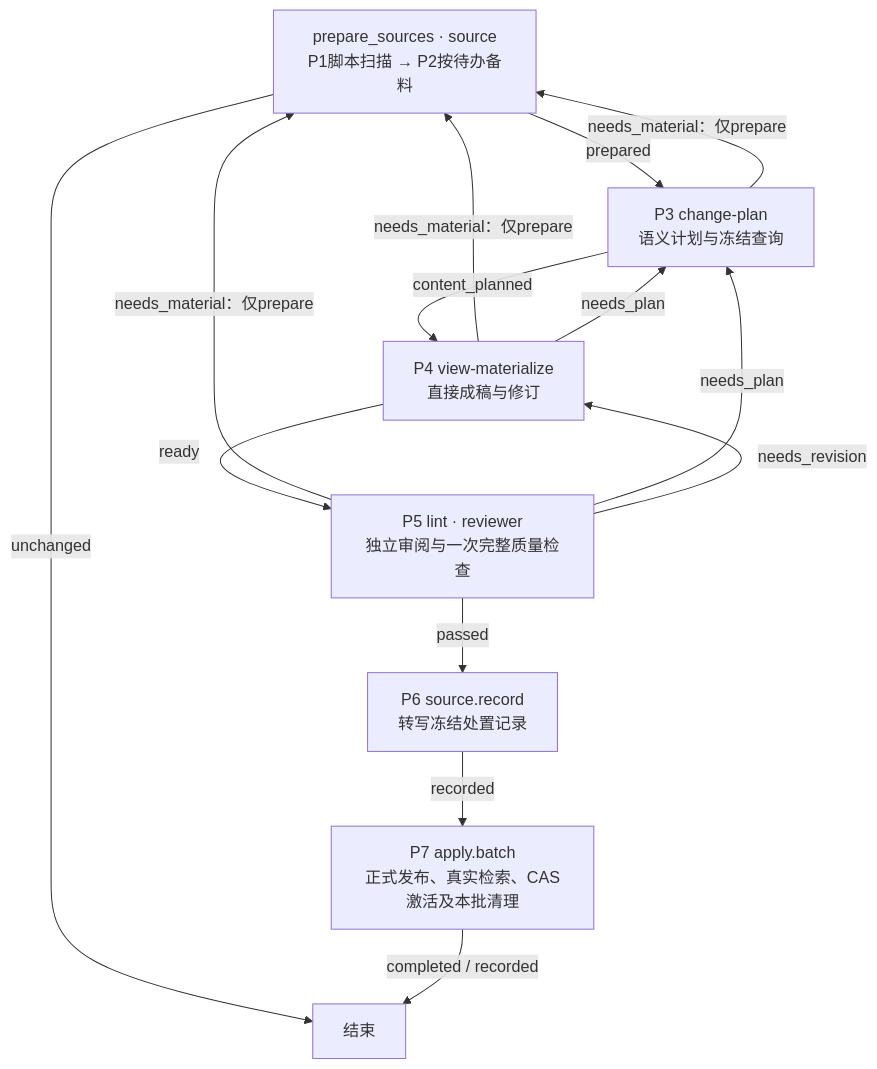
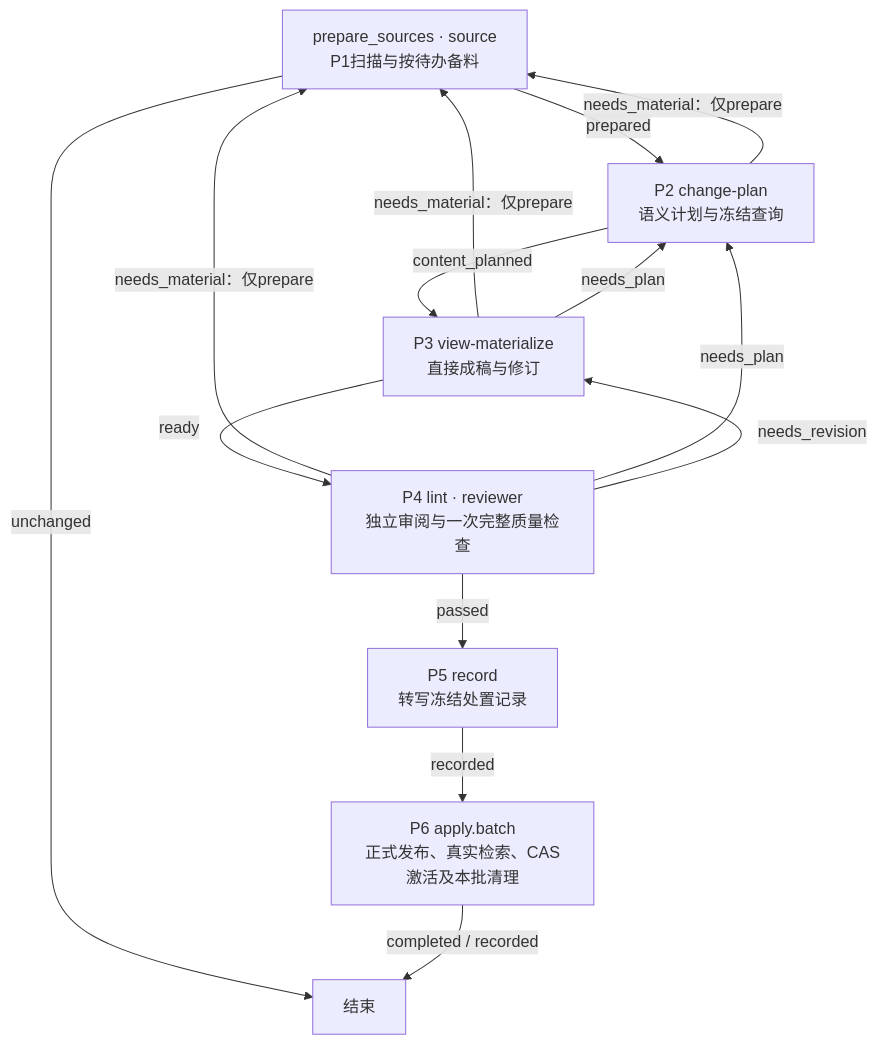
Before and after one commit to Robin-hhc/FactumCore: the sixth of 10 diagrams in himate/himate-knowledge-wifi-mp/docs-llm-wiki/HiMate知识库架构设计.md, drawn with Mermaid. The commit also changed other lines of this file and 190 other files, not shown here.

````diff
--- a/himate/himate-knowledge-wifi-mp/docs-llm-wiki/HiMate知识库架构设计.md
+++ b/himate/himate-knowledge-wifi-mp/docs-llm-wiki/HiMate知识库架构设计.md
@@ -489,16 +501,16 @@
 ```mermaid
 flowchart TD
-    SOURCE["prepare_sources · source<br/>P1脚本扫描 → P2按待办备料"] -->|prepared| P3["P3 change-plan<br/>语义计划与冻结查询"]
+    SOURCE["prepare_sources · source<br/>P1扫描与按待办备料"] -->|prepared| P2["P2 change-plan<br/>语义计划与冻结查询"]
     SOURCE -->|unchanged| END["结束"]
-    P3 -->|content_planned| P4["P4 view-materialize<br/>直接成稿与修订"]
+    P2 -->|content_planned| P3["P3 view-materialize<br/>直接成稿与修订"]
+    P2 -->|needs_material：仅prepare| SOURCE
+    P3 -->|ready| P4["P4 lint · reviewer<br/>独立审阅与一次完整质量检查"]
     P3 -->|needs_material：仅prepare| SOURCE
-    P4 -->|ready| P5["P5 lint · reviewer<br/>独立审阅与一次完整质量检查"]
+    P3 -->|needs_plan| P2
     P4 -->|needs_material：仅prepare| SOURCE
-    P4 -->|needs_plan| P3
-    P5 -->|needs_material：仅prepare| SOURCE
-    P5 -->|needs_plan| P3
-    P5 -->|needs_revision| P4
-    P5 -->|passed| P6["P6 source.record<br/>转写冻结处置记录"]
-    P6 -->|recorded| P7["P7 apply.batch<br/>正式发布、真实检索、CAS激活及本批清理"]
-    P7 -->|completed / recorded| END
+    P4 -->|needs_plan| P2
+    P4 -->|needs_revision| P3
+    P4 -->|passed| P5["P5 record<br/>转写冻结处置记录"]
+    P5 -->|recorded| P6["P6 apply.batch<br/>正式发布、真实检索、CAS激活及本批清理"]
+    P6 -->|completed / recorded| END
 ```
````
